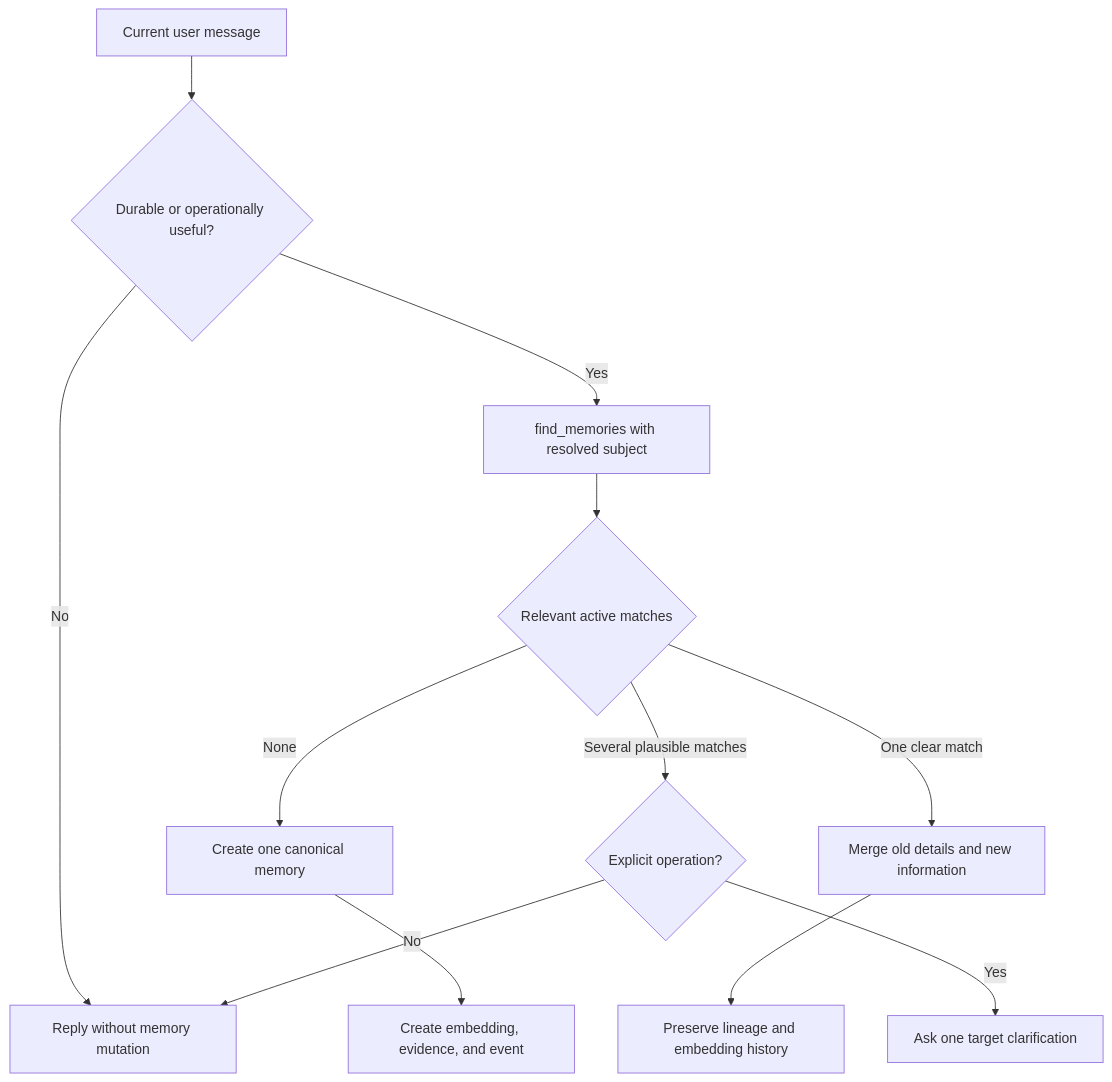
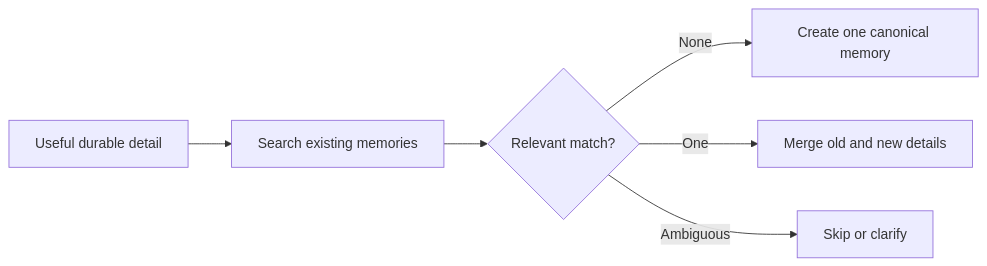
Before and after one commit to False10101/Cantarella-Revamped: the second of 2 diagrams in README.md, drawn with Mermaid. The commit also changed other lines of this file and 2 other files, not shown here.

````diff
--- a/README.md
+++ b/README.md
@@ -216,14 +81,8 @@
 ```mermaid
-flowchart TD
-    M[Current user message] --> I{Durable or operationally useful?}
-    I -->|No| R[Reply without memory mutation]
-    I -->|Yes| S[find_memories with resolved subject]
-    S --> N{Relevant active matches}
-    N -->|None| C[Create one canonical memory]
-    N -->|One clear match| U[Merge old details and new information]
-    N -->|Several plausible matches| A{Explicit operation?}
-    A -->|No| R
-    A -->|Yes| Q[Ask one target clarification]
-    C --> E[Create embedding, evidence, and event]
-    U --> E2[Preserve lineage and embedding history]
+flowchart LR
+    A[Useful durable detail] --> B[Search existing memories]
+    B --> C{Relevant match?}
+    C -->|None| D[Create one canonical memory]
+    C -->|One| E[Merge old and new details]
+    C -->|Ambiguous| F[Skip or clarify]
 ```
````
